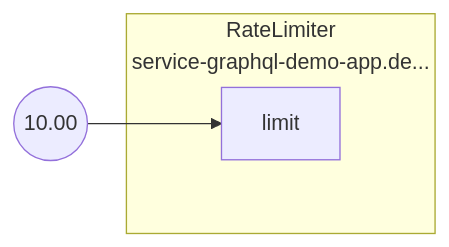
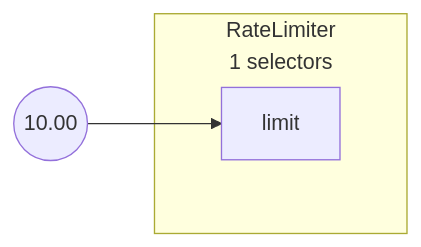
One commit to dataongunlaws/aperture changed the diagram in docs/content/tutorials/flow-control/classification/assets/graphql-rate-limiting/graphql-rate-limiting-jwt.mmd. Above: the diagram before and after it, drawn with Mermaid. The commit also changed 199 other files, not shown here.

```diff
--- a/docs/content/tutorials/flow-control/classification/assets/graphql-rate-limiting/graphql-rate-limiting-jwt.mmd
+++ b/docs/content/tutorials/flow-control/classification/assets/graphql-rate-limiting/graphql-rate-limiting-jwt.mmd
@@ -1,9 +1,9 @@
 flowchart LR
-subgraph root.0[<center>RateLimiter<br/>service-graphql-demo-app.de...</center>]
+subgraph root.0[<center>RateLimiter<br/>1 selectors</center>]
 subgraph root.0_inports[ ]
 style root.0_inports fill:none,stroke:none
 root.0limit[limit]
 end
 end
 root.0_limit_FakeConstantout((10.00))
 root.0_limit_FakeConstantout --> root.0limit
```
